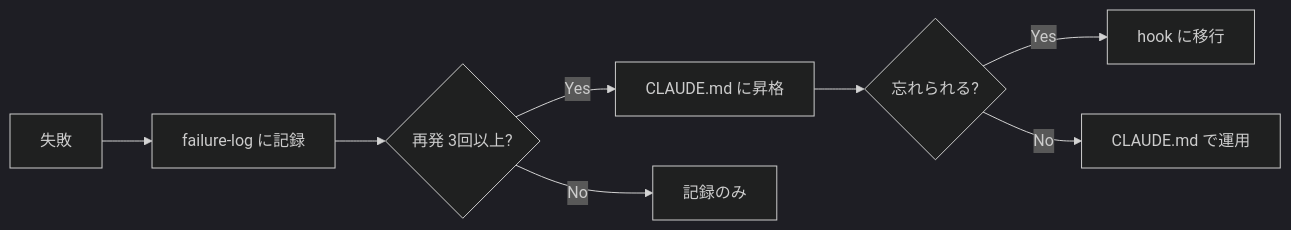
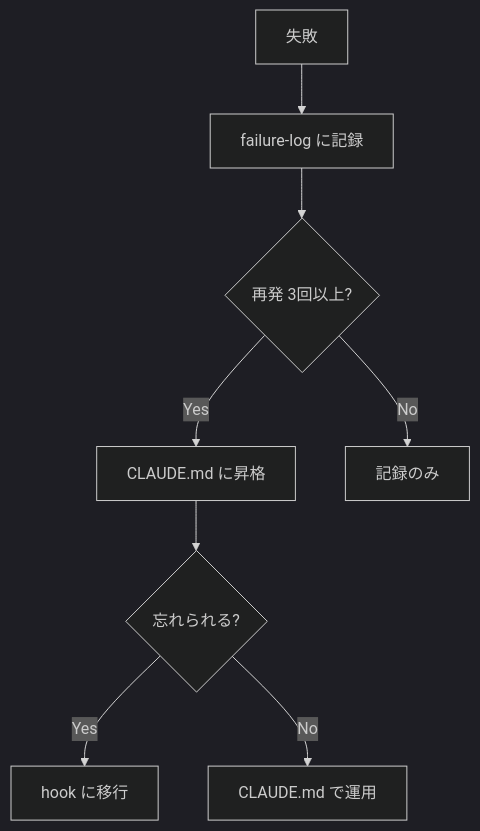
Before and after one commit to hinapupil/zenn-content: the first of 3 diagrams in articles/claude-code-harness-engineering-in-practice.md, drawn with Mermaid (dark theme). The commit also changed other lines of this file, not shown here.

````diff
--- a/articles/claude-code-harness-engineering-in-practice.md
+++ b/articles/claude-code-harness-engineering-in-practice.md
@@ -31,10 +31,10 @@
 ```mermaid
-flowchart LR
+flowchart TD
     A[失敗] --> B[failure-log に記録]
     B --> C{再発 3回以上?}
     C -->|Yes| D[CLAUDE.md に昇格]
     C -->|No| E[記録のみ]
     D --> F{忘れられる?}
     F -->|Yes| G[hook に移行]
     F -->|No| H[CLAUDE.md で運用]
 ```
````
